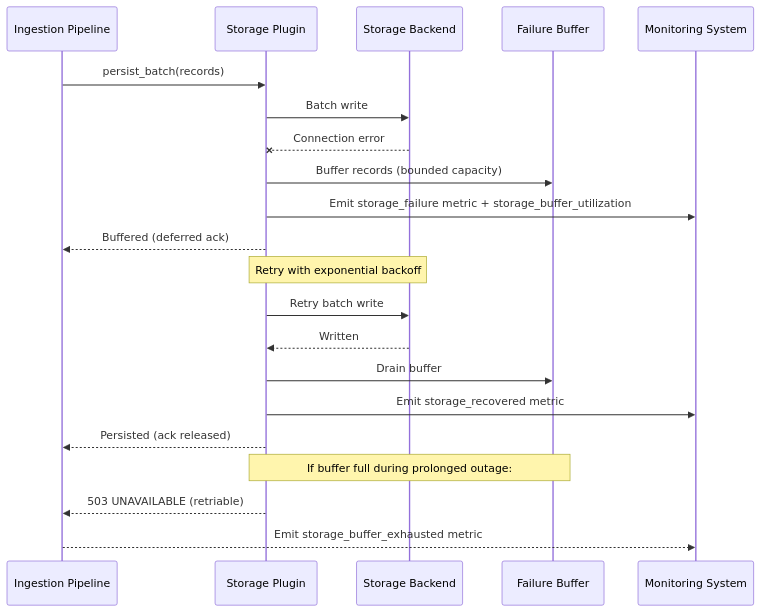
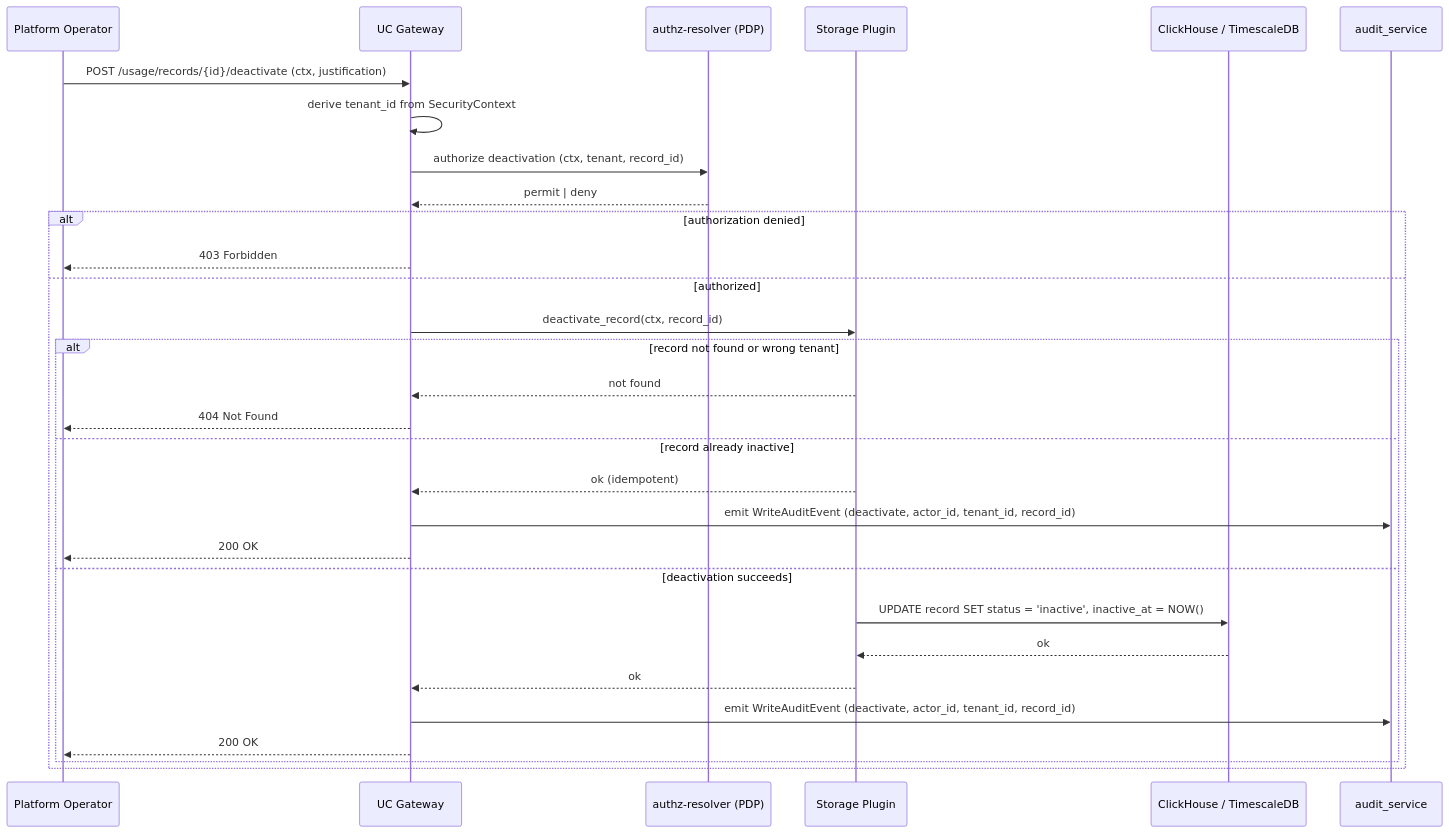
Before and after one commit to capybutler/cyberfabric-core: the seventh of 7 diagrams in modules/system/usage-collector/docs/DESIGN.md, drawn with Mermaid. The commit also changed other lines of this file and 5 other files, not shown here.

````diff
--- a/modules/system/usage-collector/docs/DESIGN.md
+++ b/modules/system/usage-collector/docs/DESIGN.md
@@ -491,27 +751,33 @@
 ```mermaid
 sequenceDiagram
-    participant IP as Ingestion Pipeline
-    participant SP as Storage Plugin
-    participant DB as Storage Backend
-    participant BUF as Failure Buffer
-    participant MON as Monitoring System
+    participant Op as Platform Operator
+    participant GW as UC Gateway
+    participant PDP as authz-resolver (PDP)
+    participant Plugin as Storage Plugin
+    participant DB as ClickHouse / TimescaleDB
+    participant AS as audit_service
 
-    IP->>SP: persist_batch(records)
-    SP->>DB: Batch write
-    DB--xSP: Connection error
-    SP->>BUF: Buffer records (bounded capacity)
-    SP->>MON: Emit storage_failure metric + storage_buffer_utilization
-    SP-->>IP: Buffered (deferred ack)
-
-    Note over SP,DB: Retry with exponential backoff
-
-    SP->>DB: Retry batch write
-    DB-->>SP: Written
-    SP->>BUF: Drain buffer
-    SP->>MON: Emit storage_recovered metric
-    SP-->>IP: Persisted (ack released)
-
-    Note over SP,BUF: If buffer full during prolonged outage:
-    SP-->>IP: 503 UNAVAILABLE (retriable)
-    IP-->>MON: Emit storage_buffer_exhausted metric
+    Op->>GW: POST /usage/records/{id}/deactivate (ctx, justification)
+    GW->>GW: derive tenant_id from SecurityContext
+    GW->>PDP: authorize deactivation (ctx, tenant, record_id)
+    PDP-->>GW: permit | deny
+    alt authorization denied
+        GW-->>Op: 403 Forbidden
+    else authorized
+        GW->>Plugin: deactivate_record(ctx, record_id)
+        alt record not found or wrong tenant
+            Plugin-->>GW: not found
+            GW-->>Op: 404 Not Found
+        else record already inactive
+            Plugin-->>GW: ok (idempotent)
+            GW->>AS: emit WriteAuditEvent (deactivate, actor_id, tenant_id, record_id)
+            GW-->>Op: 200 OK
+        else deactivation succeeds
+            Plugin->>DB: UPDATE record SET status = 'inactive', inactive_at = NOW()
+            DB-->>Plugin: ok
+            Plugin-->>GW: ok
+            GW->>AS: emit WriteAuditEvent (deactivate, actor_id, tenant_id, record_id)
+            GW-->>Op: 200 OK
+        end
+    end
 ```
````
